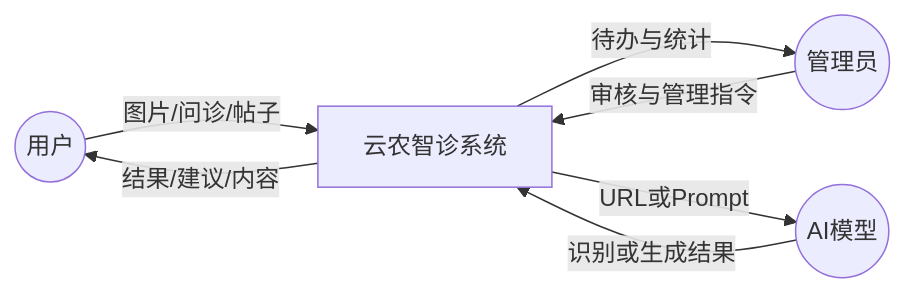
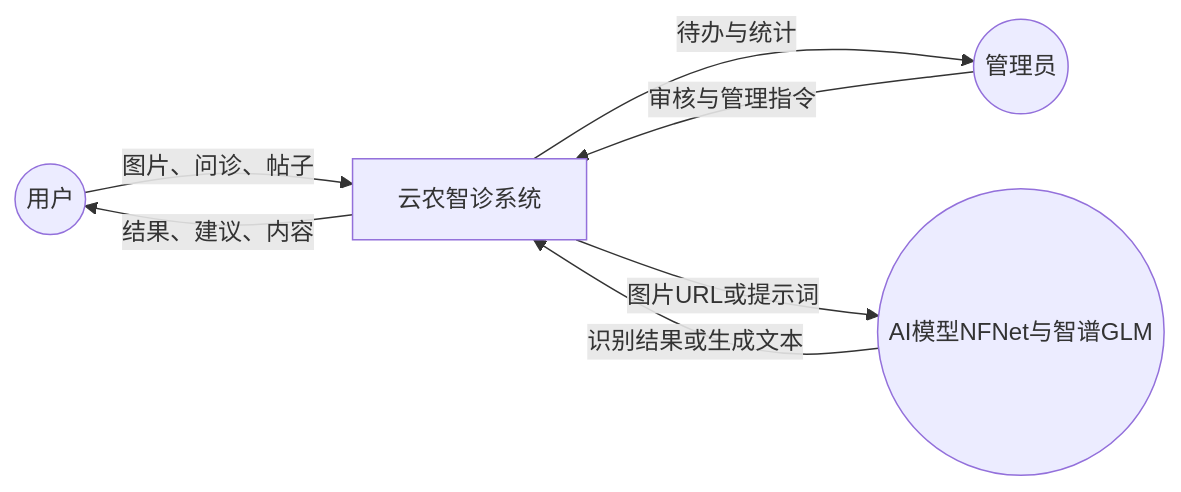
The sixth of 6 diagrams in docs/UML全套软件工程图表.md (caicaiyueya/CropDoc-web-), drawn with Mermaid before and after one commit. The commit also changed other lines of this file and 15 other files, not shown here.

````diff
--- a/docs/UML全套软件工程图表.md
+++ b/docs/UML全套软件工程图表.md
@@ -224,14 +224,14 @@
 ```mermaid
 flowchart LR
   U((用户))
   A((管理员))
-  AI((AI模型))
+  AI((AI模型NFNet与智谱GLM))
   S["云农智诊系统"]
 
-  U -->|图片/问诊/帖子| S
-  S -->|结果/建议/内容| U
+  U -->|图片、问诊、帖子| S
+  S -->|结果、建议、内容| U
   A -->|审核与管理指令| S
   S -->|待办与统计| A
-  S -->|URL或Prompt| AI
-  AI -->|识别或生成结果| S
+  S -->|图片URL或提示词| AI
+  AI -->|识别结果或生成文本| S
 ```
````
